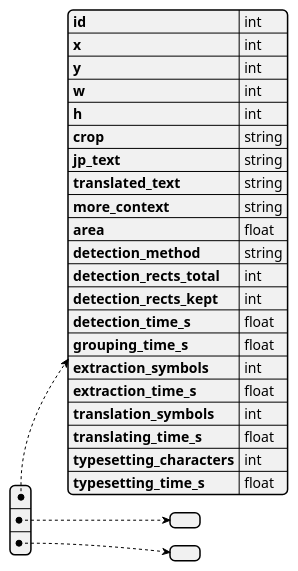
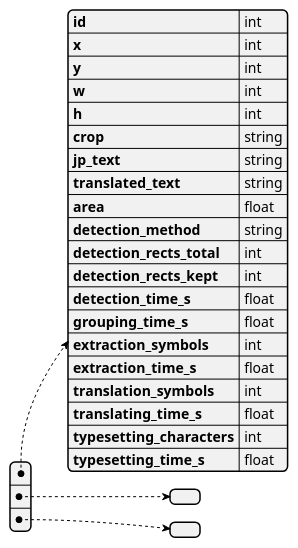
Before and after one commit to Chipskein/ftm: the diagram in docs/diagrams/document.pu, drawn with PlantUML. The commit also changed 6 other files, not shown here.

```diff
--- a/docs/diagrams/document.pu
+++ b/docs/diagrams/document.pu
@@ -1,29 +1,28 @@
 @startjson
 [
 {
     "id": "int",
     "x": "int",
     "y": "int",
     "w": "int",
     "h": "int",
     "crop": "string",
     "jp_text": "string",
     "translated_text": "string",
-    "more_context": "string",
     "area": "float",
     "detection_method": "string",
     "detection_rects_total": "int",
     "detection_rects_kept": "int",
     "detection_time_s": "float",
     "grouping_time_s": "float",
     "extraction_symbols": "int",
     "extraction_time_s": "float",
     "translation_symbols": "int",
     "translating_time_s": "float",
     "typesetting_characters": "int",
     "typesetting_time_s": "float"
 },
 {},
 {}
 ]
 @endjson
```
